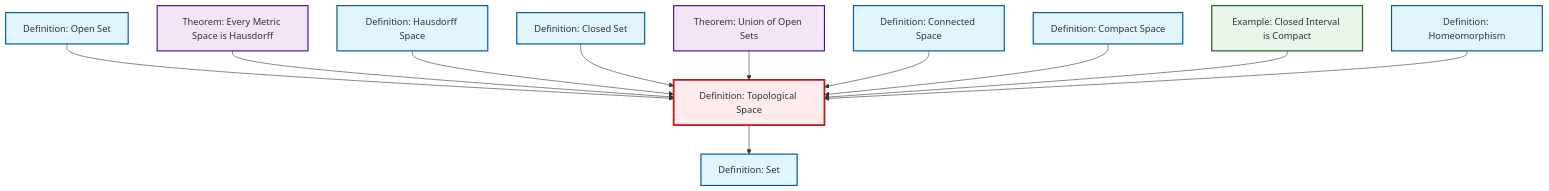
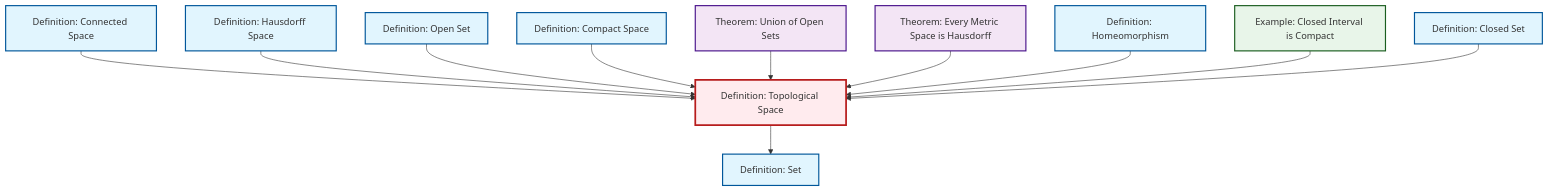
Before and after one commit to RK0429/ModernMath: the diagram in content/ja/topology/def-topological-space.qmd, drawn with Mermaid. The commit also changed other lines of this file and 597 other files, not shown here.

````diff
--- a/content/ja/topology/def-topological-space.qmd
+++ b/content/ja/topology/def-topological-space.qmd
@@ -60,41 +60,41 @@
 ```{mermaid}
 %%| fig-cap: "Local dependency graph"
 graph TD
     classDef definition fill:#e1f5fe,stroke:#01579b,stroke-width:2px
     classDef theorem fill:#f3e5f5,stroke:#4a148c,stroke-width:2px
     classDef axiom fill:#fff3e0,stroke:#e65100,stroke-width:2px
     classDef example fill:#e8f5e9,stroke:#1b5e20,stroke-width:2px
     classDef current fill:#ffebee,stroke:#b71c1c,stroke-width:3px
-    def-connected["Definition: Connected Space"]:::definition
     def-compact["Definition: Compact Space"]:::definition
+    thm-union-open-sets["Theorem: Union of Open Sets"]:::theorem
     def-closed-set["Definition: Closed Set"]:::definition
+    thm-metric-hausdorff["Theorem: Every Metric Space is Hausdorff"]:::theorem
     def-hausdorff["Definition: Hausdorff Space"]:::definition
-    def-open-set["Definition: Open Set"]:::definition
-    thm-metric-hausdorff["Theorem: Every Metric Space is Hausdorff"]:::theorem
-    thm-union-open-sets["Theorem: Union of Open Sets"]:::theorem
-    ex-closed-interval-compact["Example: Closed Interval is Compact"]:::example
+    def-set["Definition: Set"]:::definition
     def-topological-space["Definition: Topological Space"]:::definition
     def-homeomorphism["Definition: Homeomorphism"]:::definition
-    def-set["Definition: Set"]:::definition
+    def-connected["Definition: Connected Space"]:::definition
+    def-open-set["Definition: Open Set"]:::definition
+    ex-closed-interval-compact["Example: Closed Interval is Compact"]:::example
+    def-connected --> def-topological-space
+    def-hausdorff --> def-topological-space
     def-open-set --> def-topological-space
+    def-compact --> def-topological-space
+    thm-union-open-sets --> def-topological-space
     thm-metric-hausdorff --> def-topological-space
-    def-hausdorff --> def-topological-space
+    def-topological-space --> def-set
+    def-homeomorphism --> def-topological-space
+    ex-closed-interval-compact --> def-topological-space
     def-closed-set --> def-topological-space
-    thm-union-open-sets --> def-topological-space
-    def-topological-space --> def-set
-    def-connected --> def-topological-space
-    def-compact --> def-topological-space
-    ex-closed-interval-compact --> def-topological-space
-    def-homeomorphism --> def-topological-space
     class def-topological-space current
+    click def-compact "def-compact.html" "Definition: Compact Spaceへ"
+    click thm-union-open-sets "thm-union-open-sets.html" "Theorem: Union of Open Setsへ"
+    click def-closed-set "def-closed-set.html" "Definition: Closed Setへ"
+    click thm-metric-hausdorff "thm-metric-hausdorff.html" "Theorem: Every Metric Space is Hausdorffへ"
+    click def-hausdorff "def-hausdorff.html" "Definition: Hausdorff Spaceへ"
+    click def-set "def-set.html" "Definition: Setへ"
+    click def-homeomorphism "def-homeomorphism.html" "Definition: Homeomorphismへ"
     click def-connected "def-connected.html" "Definition: Connected Spaceへ"
-    click def-compact "def-compact.html" "Definition: Compact Spaceへ"
-    click def-closed-set "def-closed-set.html" "Definition: Closed Setへ"
-    click def-hausdorff "def-hausdorff.html" "Definition: Hausdorff Spaceへ"
     click def-open-set "def-open-set.html" "Definition: Open Setへ"
-    click thm-metric-hausdorff "thm-metric-hausdorff.html" "Theorem: Every Metric Space is Hausdorffへ"
-    click thm-union-open-sets "thm-union-open-sets.html" "Theorem: Union of Open Setsへ"
     click ex-closed-interval-compact "ex-closed-interval-compact.html" "Example: Closed Interval is Compactへ"
-    click def-homeomorphism "def-homeomorphism.html" "Definition: Homeomorphismへ"
-    click def-set "def-set.html" "Definition: Setへ"
 ```
````
